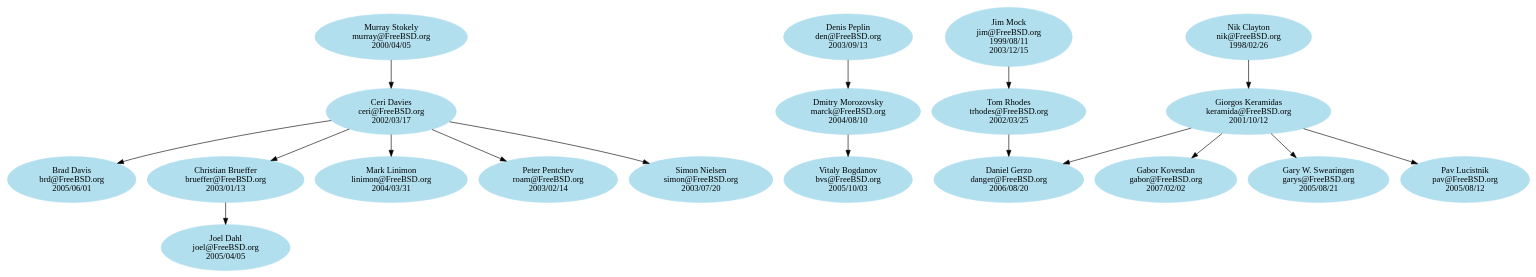
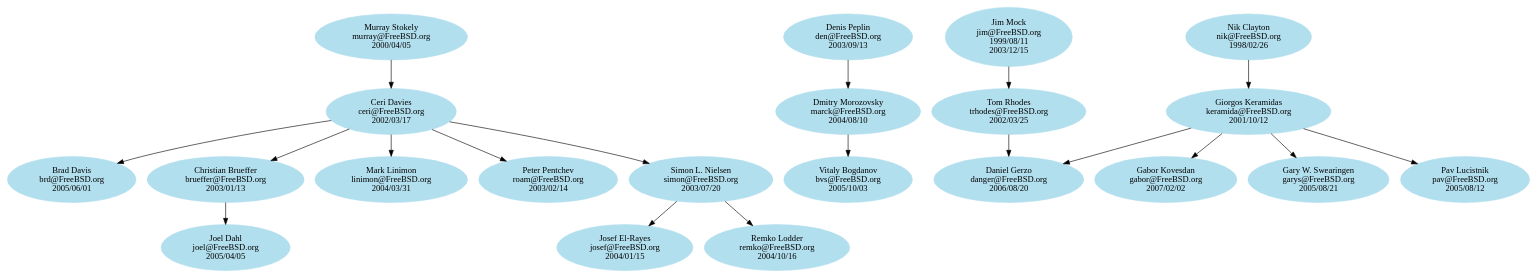
One commit to kelvinyu/unix-history-repo changed the diagram in share/misc/committers-doc.dot. Above: the diagram before and after it, drawn with Graphviz.

Commit message:
- Use my (almost) full name.  My old mentor should have learned that   by now... ;-). - Add my mentees (josef and remko). - Sort names.

```diff
--- a/share/misc/committers-doc.dot
+++ b/share/misc/committers-doc.dot
@@ -1,77 +1,82 @@
 # $FreeBSD$
 
 digraph doc {
 
 # Node definitions follow this example:
 #
 #   foo [label="Foo Bar\nfoo@FreeBSD.org\n????/??/??"]
 #
 # ????/??/?? is the date when the commit bit was obtained, usually the one you
 # can find looking at CVS logs for the access (or avail) file under CVSROOT.
 # Use YYYY/MM/DD format.
 #
 # For returned commit bits, the node definition will follow this example:
 #
 #   foo [label="Foo Bar\nfoo@FreeBSD.org\n????/??/??\n????/??/??"]
 #
 # The first date is the same as for an active committer, the second date is
 # the date when the commit bit has been returned. Again, check CVS logs.
 
 node [color=grey62, style=filled, bgcolor=black];
 
 # Alumni go here. Try to keep things sorted.
 
 node [color=lightblue2, style=filled, bgcolor=black];
 
 # Current doc committers go here. Try to keep things sorted.
 
 brd [label="Brad Davis\nbrd@FreeBSD.org\n2005/06/01"]
 brueffer [label="Christian Brueffer\nbrueffer@FreeBSD.org\n2003/01/13"]
 bvs [label="Vitaly Bogdanov\nbvs@FreeBSD.org\n2005/10/03"]
 ceri [label="Ceri Davies\nceri@FreeBSD.org\n2002/03/17"]
 danger [label="Daniel Gerzo\ndanger@FreeBSD.org\n2006/08/20"]
 den [label="Denis Peplin\nden@FreeBSD.org\n2003/09/13"]
 gabor [label="Gabor Kovesdan\ngabor@FreeBSD.org\n2007/02/02"]
 garys [label="Gary W. Swearingen\ngarys@FreeBSD.org\n2005/08/21"]
 jim [label="Jim Mock\njim@FreeBSD.org\n1999/08/11\n2003/12/15"]
 joel [label="Joel Dahl\njoel@FreeBSD.org\n2005/04/05"]
+josef [label="Josef El-Rayes\njosef@FreeBSD.org\n2004/01/15"]
 keramida [label="Giorgos Keramidas\nkeramida@FreeBSD.org\n2001/10/12"]
 linimon [label="Mark Linimon\nlinimon@FreeBSD.org\n2004/03/31"]
 marck [label="Dmitry Morozovsky\nmarck@FreeBSD.org\n2004/08/10"]
 murray [label="Murray Stokely\nmurray@FreeBSD.org\n2000/04/05"]
 nik [label="Nik Clayton\nnik@FreeBSD.org\n1998/02/26"]
+pav [label="Pav Lucistnik\npav@FreeBSD.org\n2005/08/12"]
+remko [label="Remko Lodder\nremko@FreeBSD.org\n2004/10/16"]
 roam [label="Peter Pentchev\nroam@FreeBSD.org\n2003/02/14"]
-simon [label="Simon Nielsen\nsimon@FreeBSD.org\n2003/07/20"]
+simon [label="Simon L. Nielsen\nsimon@FreeBSD.org\n2003/07/20"]
 trhodes [label="Tom Rhodes\ntrhodes@FreeBSD.org\n2002/03/25"]
-pav [label="Pav Lucistnik\npav@FreeBSD.org\n2005/08/12"]
 
 # Here are the mentor/mentee relationships.
 # Group together all the mentees for a particular mentor.
 # Keep the list sorted by mentor login.
 
 brueffer -> joel
 
 ceri -> brd
 ceri -> brueffer
 ceri -> linimon
 ceri -> roam
 ceri -> simon
 
 den -> marck
 
 jim -> trhodes
 
 keramida -> danger
 keramida -> gabor
 keramida -> garys
 keramida -> pav
 
 marck -> bvs
 
 murray -> ceri
 
 nik -> keramida
 
+simon -> josef
+simon -> remko
+
 trhodes -> danger
 
 }
```
